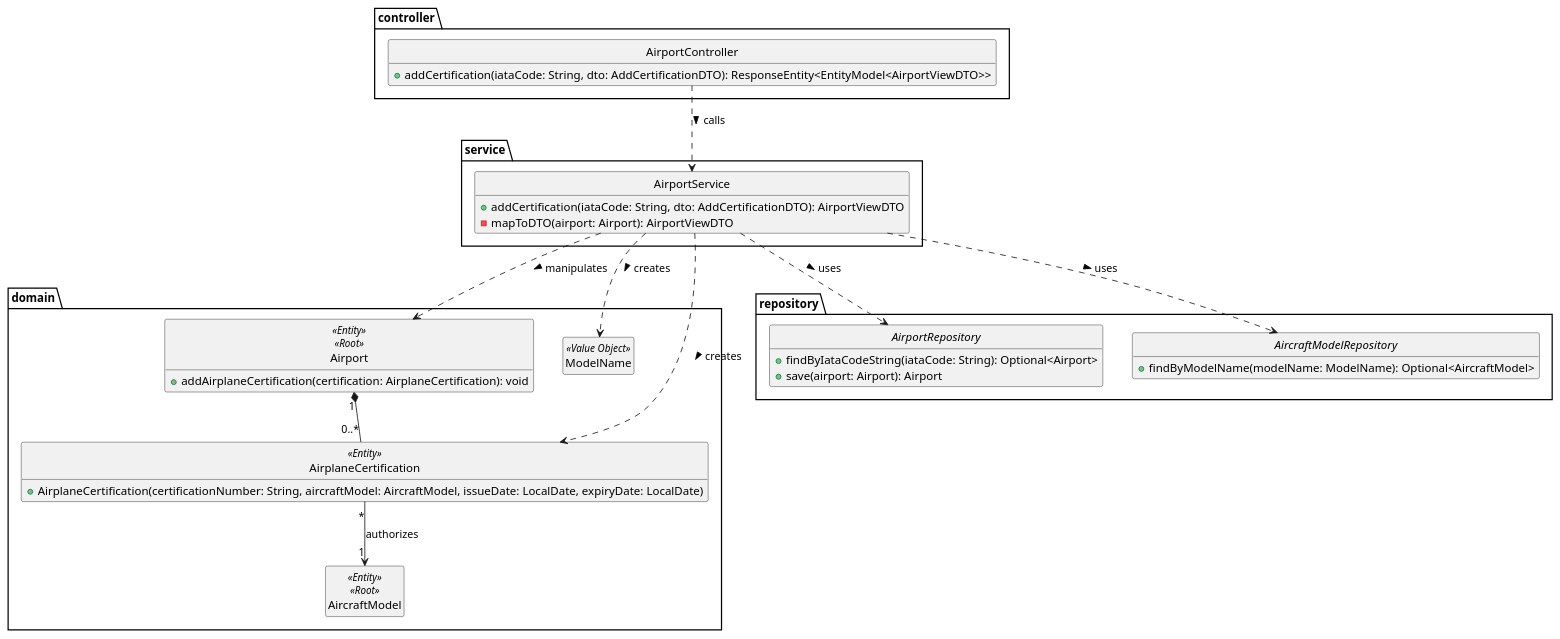
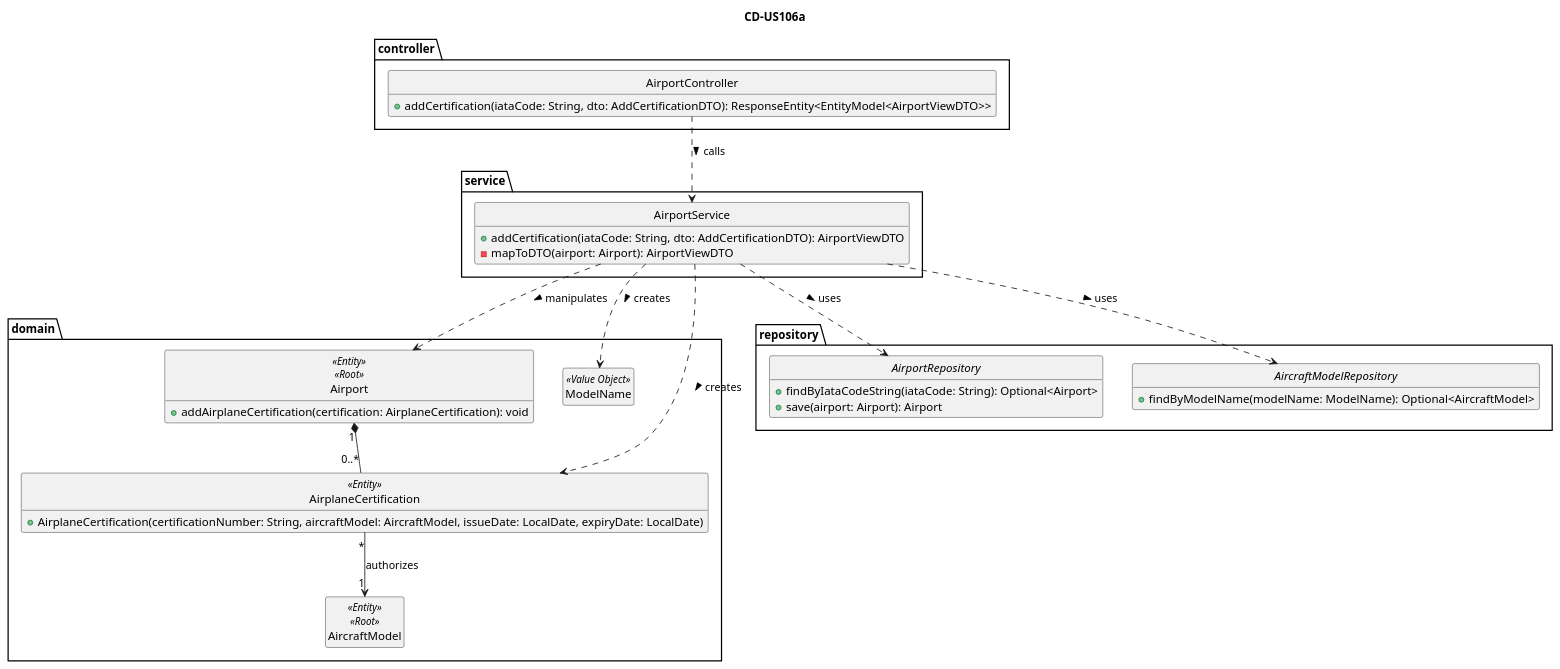
Before and after one commit to anamartasilvaa/PSOFT_AISafe_Flight: the diagram in docs/WP#2A-Airports/US106a/US106a-CD.puml, drawn with PlantUML. The commit also changed 39 other files, not shown here.

Commit message:
Títulos nos diagramas

```diff
--- a/docs/WP#2A-Airports/US106a/US106a-CD.puml
+++ b/docs/WP#2A-Airports/US106a/US106a-CD.puml
@@ -1,48 +1,49 @@
 @startuml
 skinparam style strictuml
 hide empty members
+title CD-US106a
 
 package controller {
     class AirportController {
         + addCertification(iataCode: String, dto: AddCertificationDTO): ResponseEntity<EntityModel<AirportViewDTO>>
     }
 }
 
 package service {
     class AirportService {
         + addCertification(iataCode: String, dto: AddCertificationDTO): AirportViewDTO
         - mapToDTO(airport: Airport): AirportViewDTO
     }
 }
 
 package domain {
     class Airport <<Entity>> <<Root>> {
         + addAirplaneCertification(certification: AirplaneCertification): void
     }
     class AirplaneCertification <<Entity>> {
         + AirplaneCertification(certificationNumber: String, aircraftModel: AircraftModel, issueDate: LocalDate, expiryDate: LocalDate)
     }
     class AircraftModel <<Entity>> <<Root>>
     class ModelName <<Value Object>>
 }
 
 package repository {
     interface AirportRepository {
         + findByIataCodeString(iataCode: String): Optional<Airport>
         + save(airport: Airport): Airport
     }
     interface AircraftModelRepository {
         + findByModelName(modelName: ModelName): Optional<AircraftModel>
     }
 }
 
 AirportController ..> AirportService : calls >
 AirportService ..> AirportRepository : uses >
 AirportService ..> AircraftModelRepository : uses >
 AirportService ..> Airport : manipulates >
 AirportService ..> AirplaneCertification : creates >
 AirportService ..> ModelName : creates >
 
 Airport "1" *-- "0..*" AirplaneCertification
 AirplaneCertification "*" --> "1" AircraftModel : authorizes
 @enduml
```
